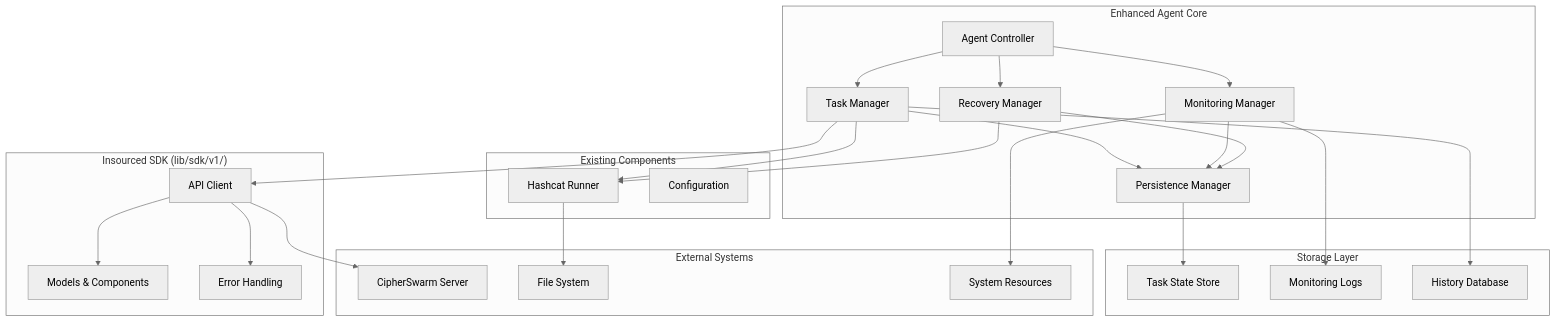
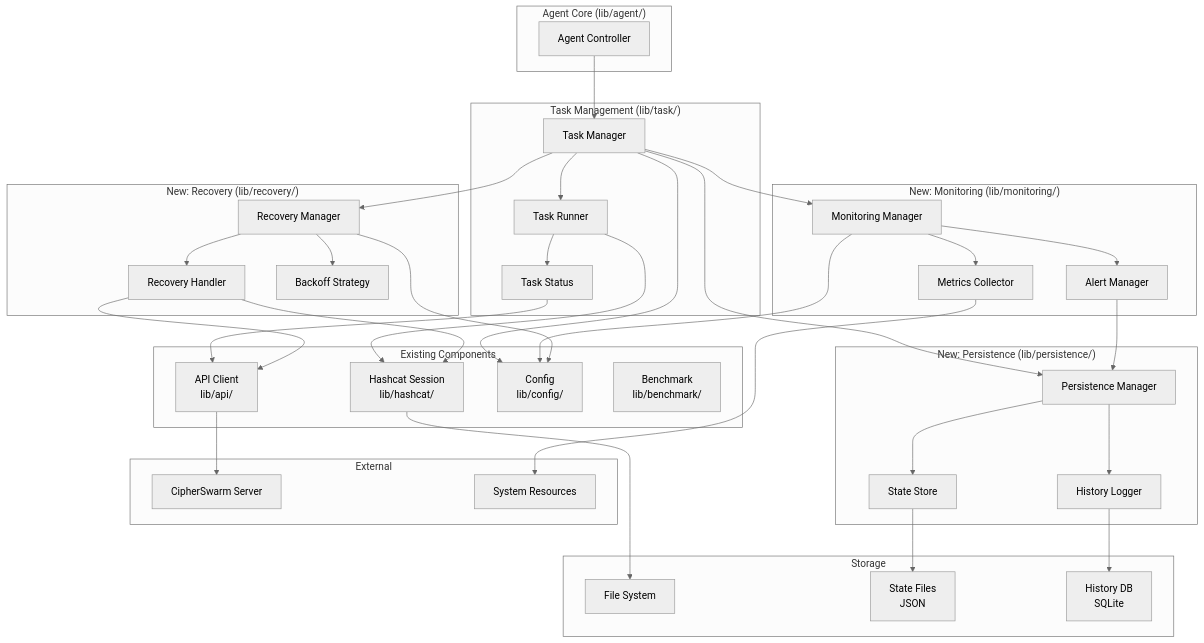
Before and after one commit to unclesp1d3r/CipherSwarmAgent: the first of 2 diagrams in .kiro/specs/enhanced-task-monitoring/design.md, drawn with Mermaid (neutral theme). The commit also changed other lines of this file and 37 other files, not shown here.

````diff
--- a/.kiro/specs/enhanced-task-monitoring/design.md
+++ b/.kiro/specs/enhanced-task-monitoring/design.md
@@ -13,54 +20,81 @@
 ```mermaid
 graph TB
-    subgraph "Enhanced Agent Core"
+    subgraph "Agent Core (lib/agent/)"
         AC[Agent Controller]
+    end
+    
+    subgraph "Task Management (lib/task/)"
         TM[Task Manager]
+        TR[Task Runner]
+        TS[Task Status]
+    end
+    
+    subgraph "New: Monitoring (lib/monitoring/)"
         MM[Monitoring Manager]
+        MC[Metrics Collector]
+        MA[Alert Manager]
+    end
+    
+    subgraph "New: Persistence (lib/persistence/)"
+        PM[Persistence Manager]
+        SS[State Store]
+        HL[History Logger]
+    end
+    
+    subgraph "New: Recovery (lib/recovery/)"
         RM[Recovery Manager]
-        PM[Persistence Manager]
+        RH[Recovery Handler]
+        BS[Backoff Strategy]
     end
     
     subgraph "Existing Components"
-        HC[Hashcat Runner]
-        CFG[Configuration]
+        HC[Hashcat Session<br/>lib/hashcat/]
+        API[API Client<br/>lib/api/]
+        CFG[Config<br/>lib/config/]
+        BENCH[Benchmark<br/>lib/benchmark/]
     end
     
-    subgraph "Insourced SDK (lib/sdk/v1/)"
-        API[API Client]
-        MODELS[Models & Components]
-        ERRORS[Error Handling]
+    subgraph "Storage"
+        FS[File System]
+        STATE[State Files<br/>JSON]
+        HIST[History DB<br/>SQLite]
     end
     
-    subgraph "Storage Layer"
-        TS[Task State Store]
-        ML[Monitoring Logs]
-        HL[History Database]
-    end
-    
-    subgraph "External Systems"
+    subgraph "External"
         CS[CipherSwarm Server]
-        FS[File System]
         SYS[System Resources]
     end
     
     AC --> TM
-    AC --> MM
-    AC --> RM
+    TM --> TR
     TM --> PM
-    MM --> PM
-    RM --> PM
+    TM --> MM
+    TM --> RM
     
-    TM --> HC
-    TM --> API
-    MM --> SYS
-    RM --> HC
+    TR --> HC
+    TR --> TS
+    TS --> API
     
-    PM --> TS
-    MM --> ML
-    TM --> HL
+    MM --> MC
+    MM --> MA
+    MC --> SYS
+    MA --> PM
     
-    API --> MODELS
-    API --> ERRORS
+    RM --> RH
+    RM --> BS
+    RH --> HC
+    RH --> API
+    
+    PM --> SS
+    PM --> HL
+    SS --> STATE
+    HL --> HIST
+    
     API --> CS
     HC --> FS
+    
+    TM --> CFG
+    MM --> CFG
+    RM --> CFG
+
 ```
````
